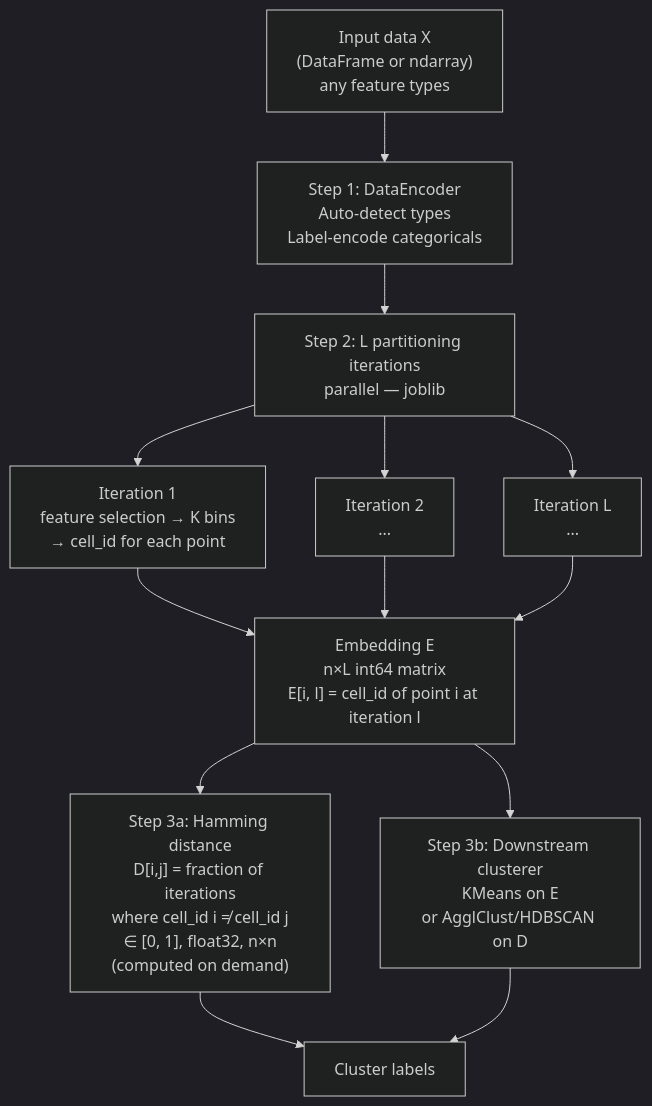
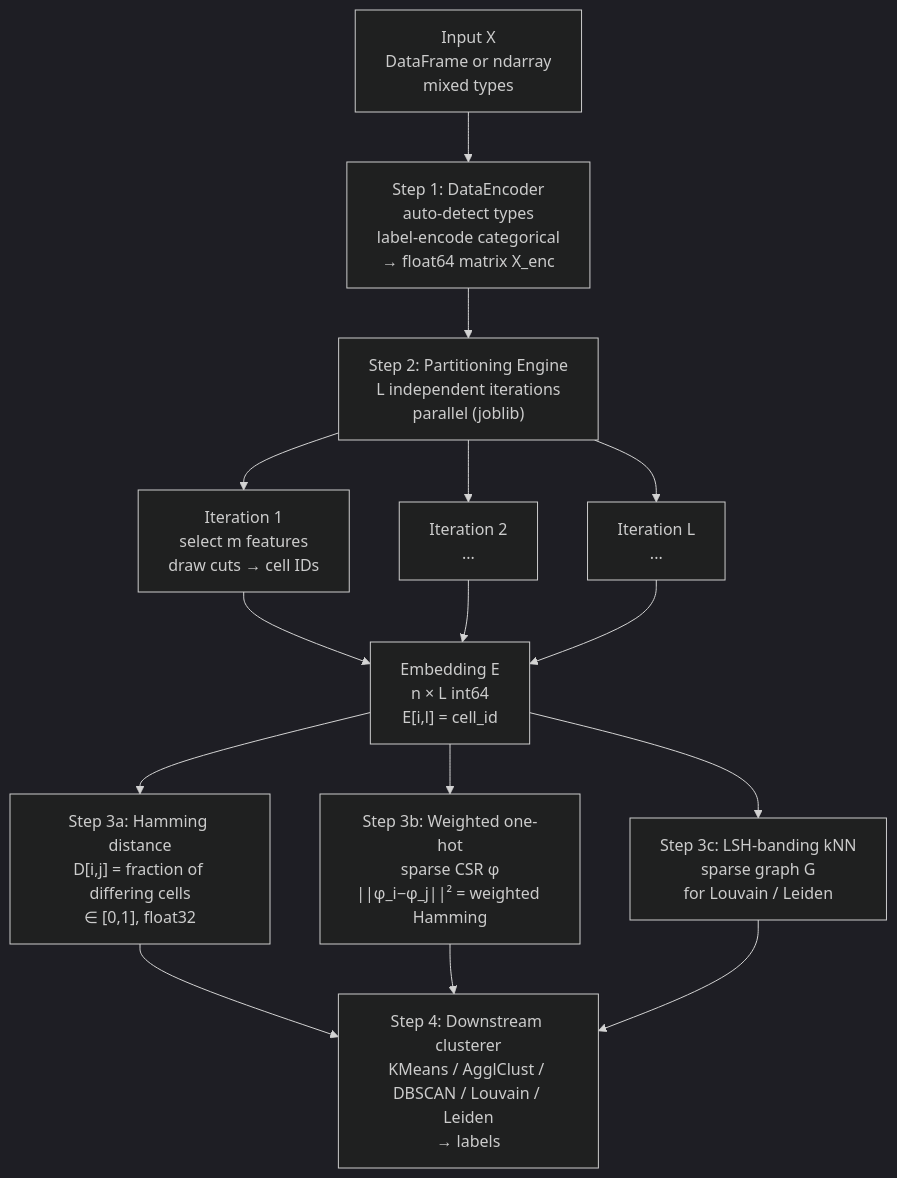
One commit to 4eshireCat/forest_clustering changed the first of 8 diagrams in ALGORITHM.md. Above: the diagram before and after it, drawn with Mermaid (dark theme). The commit also changed other lines of this file and 17 other files, not shown here.

````diff
--- a/ALGORITHM.md
+++ b/ALGORITHM.md
@@ -29,25 +31,20 @@
 ```mermaid
 flowchart TD
-    A["Input data X\n(DataFrame or ndarray)\nany feature types"] --> B
+    A["Input X<br/>DataFrame or ndarray<br/>mixed types"] --> B["Step 1: DataEncoder<br/>auto-detect types<br/>label-encode categorical<br/>→ float64 matrix X_enc"]
 
-    B["Step 1: DataEncoder\nAuto-detect types\nLabel-encode categoricals"] --> C
+    B --> C["Step 2: Partitioning Engine<br/>L independent iterations<br/>parallel (joblib)"]
 
-    C["Step 2: L partitioning iterations\nparallel — joblib"] --> C1 & C2 & C3
+    C --> C1["Iteration 1<br/>select m features<br/>draw cuts → cell IDs"]
+    C --> C2["Iteration 2<br/>..."]
+    C --> C3["Iteration L<br/>..."]
 
-    C1["Iteration 1\nfeature selection → K bins\n→ cell_id for each point"]
-    C2["Iteration 2\n..."]
-    C3["Iteration L\n..."]
+    C1 & C2 & C3 --> D["Embedding E<br/>n × L int64<br/>E[i,l] = cell_id"]
 
-    C1 & C2 & C3 --> D
+    D --> E1["Step 3a: Hamming distance<br/>D[i,j] = fraction of differing cells<br/>∈ [0,1], float32"]
+    D --> E2["Step 3b: Weighted one-hot<br/>sparse CSR φ<br/>||φ_i−φ_j||² = weighted Hamming"]
+    D --> E3["Step 3c: LSH-banding kNN<br/>sparse graph G<br/>for Louvain / Leiden"]
 
-    D["Embedding E\nn×L int64 matrix\nE[i, l] = cell_id of point i at iteration l"]
-
-    D --> E1 & E2
-
-    E1["Step 3a: Hamming distance\nD[i,j] = fraction of iterations\nwhere cell_id i ≠ cell_id j\n∈ [0, 1], float32, n×n\n(computed on demand)"]
-
-    E2["Step 3b: Downstream clusterer\nKMeans on E\nor AgglClust/HDBSCAN on D"]
-
-    E1 --> F["Cluster labels"]
+    E1 --> F["Step 4: Downstream clusterer<br/>KMeans / AgglClust / DBSCAN / Louvain / Leiden<br/>→ labels"]
     E2 --> F
+    E3 --> F
 ```
````
